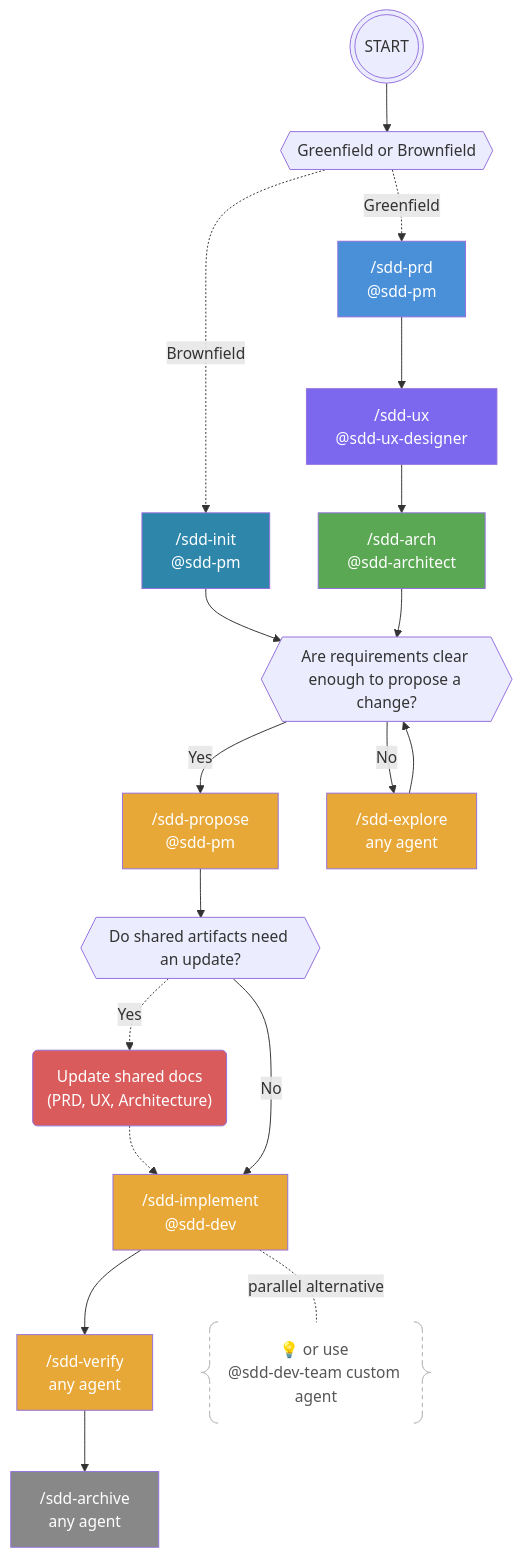
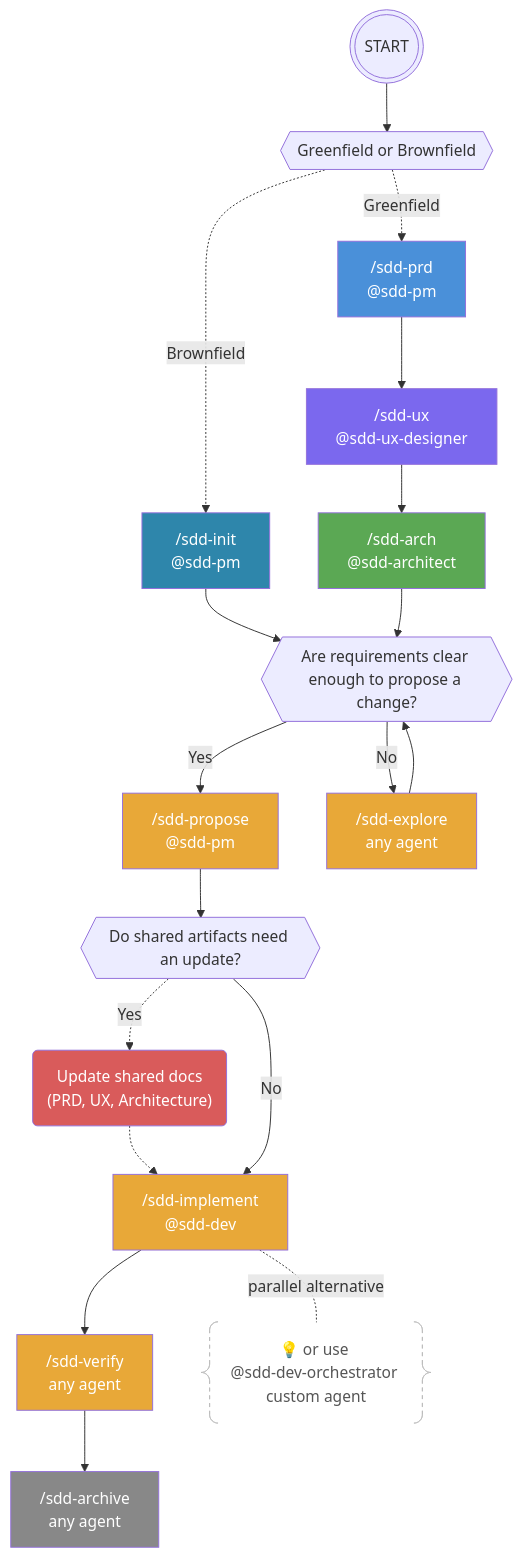
The diagram in src/sdd-team/README.md (AlessioScarfone/aine-copilot-plugins), drawn with Mermaid before and after one commit. The commit also changed other lines of this file and 5 other files, not shown here.

Commit message:
feat: rename dev team agent to orchestrator and update related documentation

````diff
--- a/src/sdd-team/README.md
+++ b/src/sdd-team/README.md
@@ -66,36 +66,36 @@
 ```mermaid
 flowchart TD
     START(((START))) --> PROJECT_TYPE{{Greenfield or Brownfield}} -. Greenfield .-> PRD
     PROJECT_TYPE   -. Brownfield .-> INIT
 
     INIT["/sdd-init<br/>@sdd-pm"] --> CLEAR_REQ
 
     PRD["/sdd-prd<br/>@sdd-pm"] --> UX
     UX["/sdd-ux<br/>@sdd-ux-designer"] --> ARCH
     ARCH["/sdd-arch<br/>@sdd-architect"] --> CLEAR_REQ{{Are requirements clear enough to propose a change?}} -- Yes--> PROPOSE
     CLEAR_REQ -- No --> EXPLORE["/sdd-explore<br/>any agent"] --> CLEAR_REQ
 
     PROPOSE["/sdd-propose<br/>@sdd-pm"] --> UPDATE
 
     UPDATE{{"Do shared artifacts need an update?"}}
     UPDATE -. Yes .-> UPDATE_SHARED("Update shared docs<br/>(PRD, UX, Architecture)") .-> IMPLEMENT 
     UPDATE -- No --> IMPLEMENT
 
     IMPLEMENT["/sdd-implement<br/>@sdd-dev"] --> VERIFY
-    IMPLEMENT -. parallel alternative .- NOTE_DEVTEAM@{shape: braces, label: "💡 or use <br/>@sdd-dev-team custom agent"}
+    IMPLEMENT -. parallel alternative .- NOTE_DEVTEAM@{shape: braces, label: "💡 or use <br/>@sdd-dev-orchestrator custom agent"}
     
     VERIFY["/sdd-verify<br/>any agent"] --> ARCHIVE
     ARCHIVE["/sdd-archive<br/>any agent"]
 
     style INIT fill:#2E86AB,color:#fff
     style PRD fill:#4A90D9,color:#fff
     style UX fill:#7B68EE,color:#fff
     style ARCH fill:#5BA854,color:#fff
     style PROPOSE fill:#E8A838,color:#fff
     style EXPLORE fill:#E8A838,color:#fff
     style IMPLEMENT fill:#E8A838,color:#fff
     style NOTE_DEVTEAM fill:#f5f5f5,color:#555,stroke:#bbb,stroke-dasharray:4
     style VERIFY fill:#E8A838,color:#fff
     style ARCHIVE fill:#888,color:#fff
     style UPDATE_SHARED fill:#D95B5B,color:#fff
 ```
````
